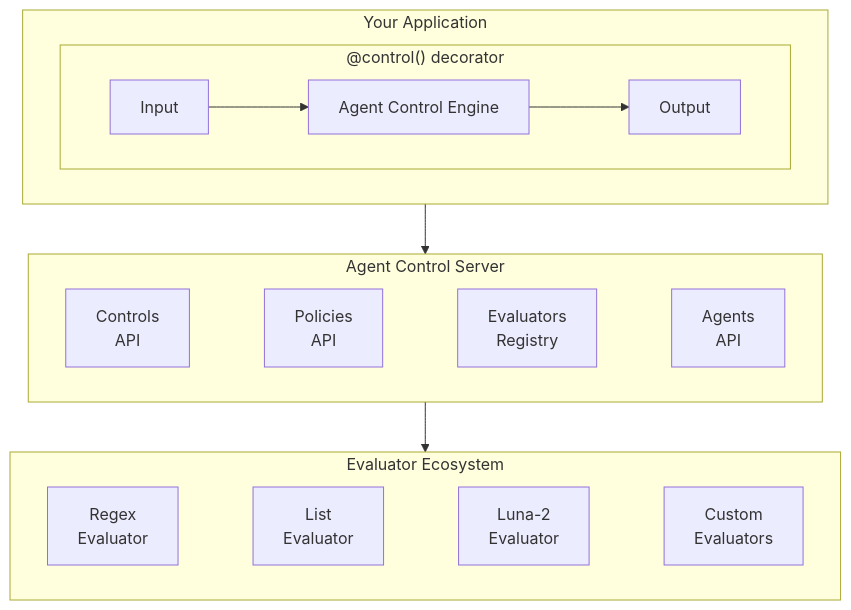
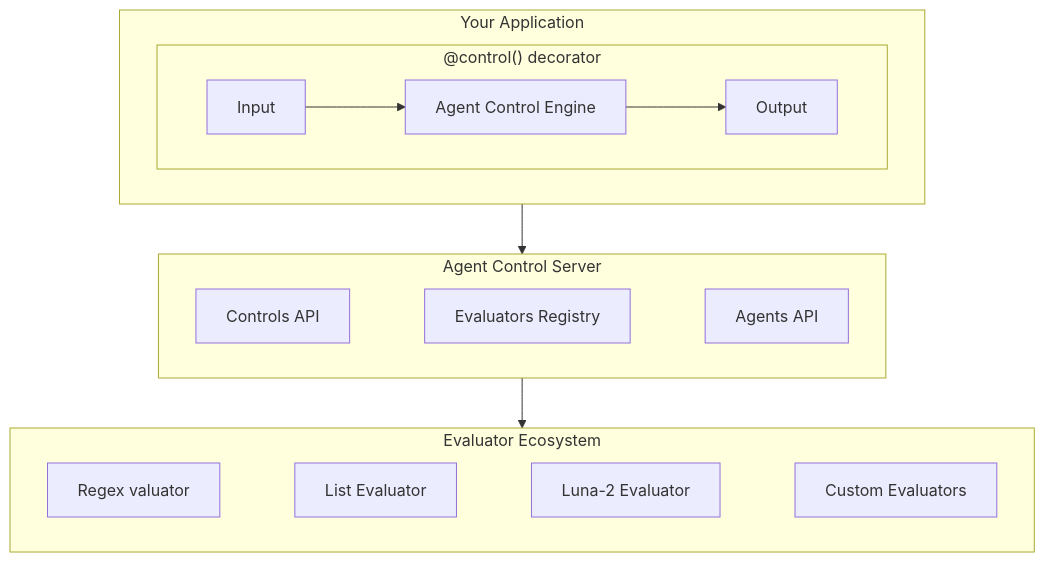
One commit to agentcontrol/docs-agent-control changed the first of 2 diagrams in concepts/architecture.mdx. Above: the diagram before and after it, drawn with Mermaid.

Commit message:
Fix formatting in architecture diagram labels

````diff
--- a/concepts/architecture.mdx
+++ b/concepts/architecture.mdx
@@ -9,23 +9,23 @@
 ```mermaid
 flowchart TD
     subgraph App["Your Application"]
         subgraph decorator["@control() decorator"]
             direction LR
             Input --> Engine["Agent Control Engine"] --> Output
         end
     end
 
     App --> Server
 
     subgraph Server["Agent Control Server"]
         direction LR
-        Controls["Controls\nAPI"] ~~~ Policies["Policies\nAPI"] ~~~ Evaluators["Evaluators\nRegistry"] ~~~ Agents["Agents\nAPI"]
+        Controls["Controls API"] ~~~  Evaluators["Evaluators Registry"] ~~~ Agents["Agents API"]
     end
 
     Server --> Ecosystem
 
     subgraph Ecosystem["Evaluator Ecosystem"]
         direction LR
-        Regex["Regex\nEvaluator"] ~~~ List["List\nEvaluator"] ~~~ Luna["Luna-2\nEvaluator"] ~~~ Custom["Custom\nEvaluators"]
+        Regex["Regex valuator"] ~~~ List["List Evaluator"] ~~~ Luna["Luna-2 Evaluator"] ~~~ Custom["Custom Evaluators"]
     end
 ```
````
